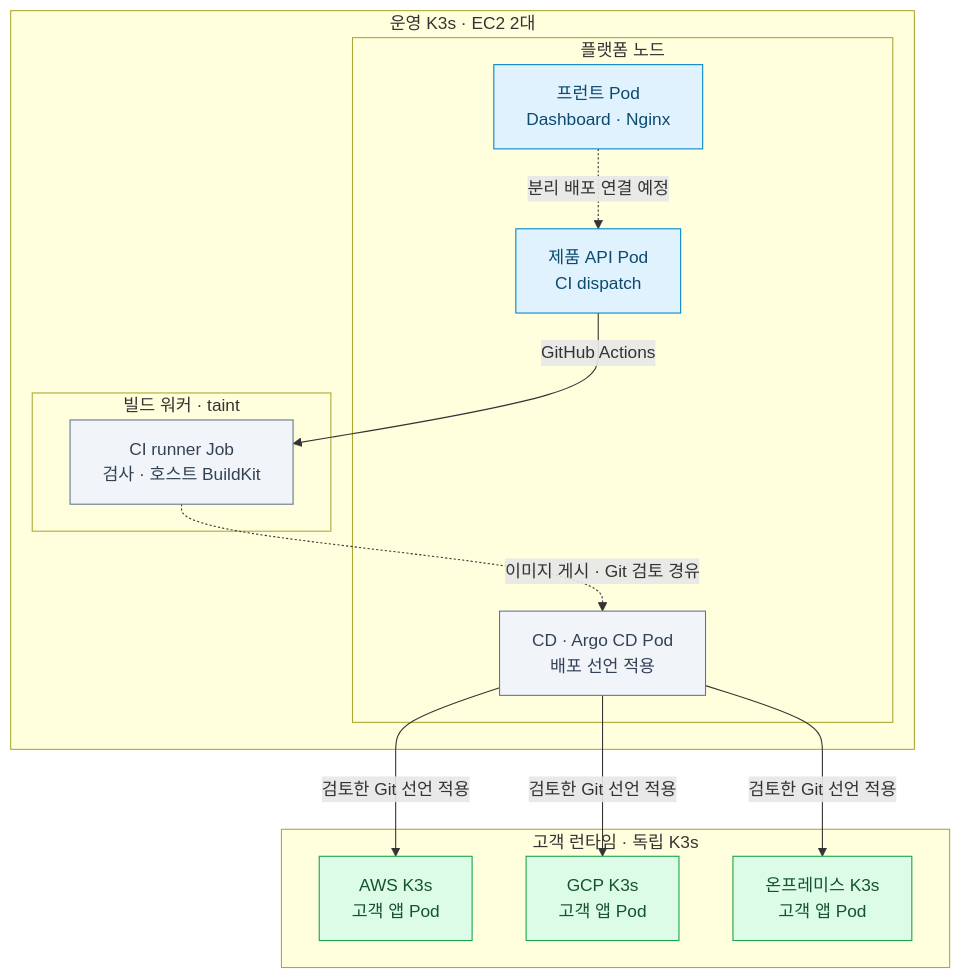
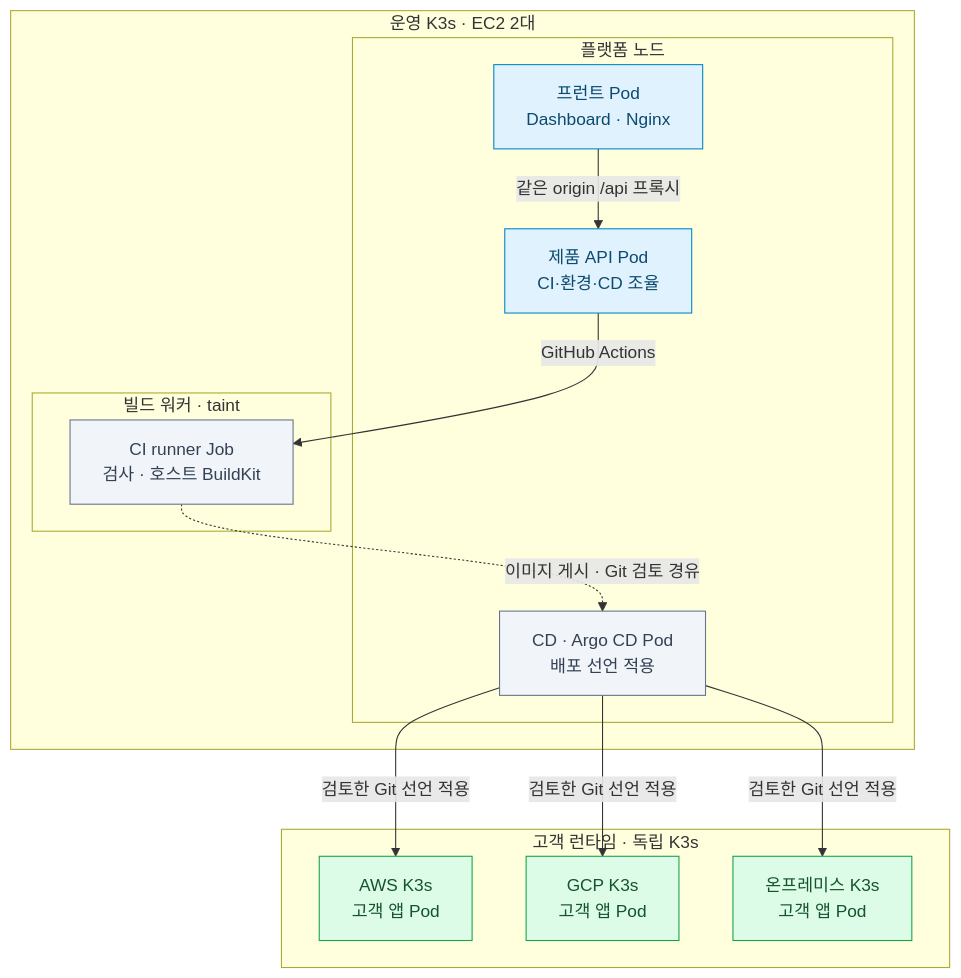
The first of 2 diagrams in docs/architecture/container-deployment.md (Jasmin-Softbank/Railshot), drawn with Mermaid before and after one commit. The commit also changed other lines of this file and 27 other files, not shown here.

````diff
--- a/docs/architecture/container-deployment.md
+++ b/docs/architecture/container-deployment.md
@@ -11,30 +11,30 @@
 ```mermaid
 flowchart TB
   subgraph OPS["운영 K3s · EC2 2대"]
     subgraph PLATFORM["플랫폼 노드"]
       D["프런트 Pod<br/>Dashboard · Nginx"]
-      A["제품 API Pod<br/>CI dispatch"]
+      A["제품 API Pod<br/>CI·환경·CD 조율"]
       C["CD · Argo CD Pod<br/>배포 선언 적용"]
     end
     subgraph BUILD["빌드 워커 · taint"]
       R["CI runner Job<br/>검사 · 호스트 BuildKit"]
     end
-    D -. "분리 배포 연결 예정" .-> A
+    D -->|"같은 origin /api 프록시"| A
     A -->|"GitHub Actions"| R
     R -. "이미지 게시 · Git 검토 경유" .-> C
   end
   subgraph TARGETS["고객 런타임 · 독립 K3s"]
     AU["AWS K3s<br/>고객 앱 Pod"]
     GU["GCP K3s<br/>고객 앱 Pod"]
     OU["온프레미스 K3s<br/>고객 앱 Pod"]
   end
   C -->|"검토한 Git 선언 적용"| AU
   C -->|"검토한 Git 선언 적용"| GU
   C -->|"검토한 Git 선언 적용"| OU
   classDef app fill:#e0f2fe,stroke:#0284c7,color:#0c4a6e
   classDef control fill:#f1f5f9,stroke:#64748b,color:#334155
   classDef runtime fill:#dcfce7,stroke:#16a34a,color:#14532d
   class D,A app
   class C,R control
   class AU,GU,OU runtime
 ```
````
